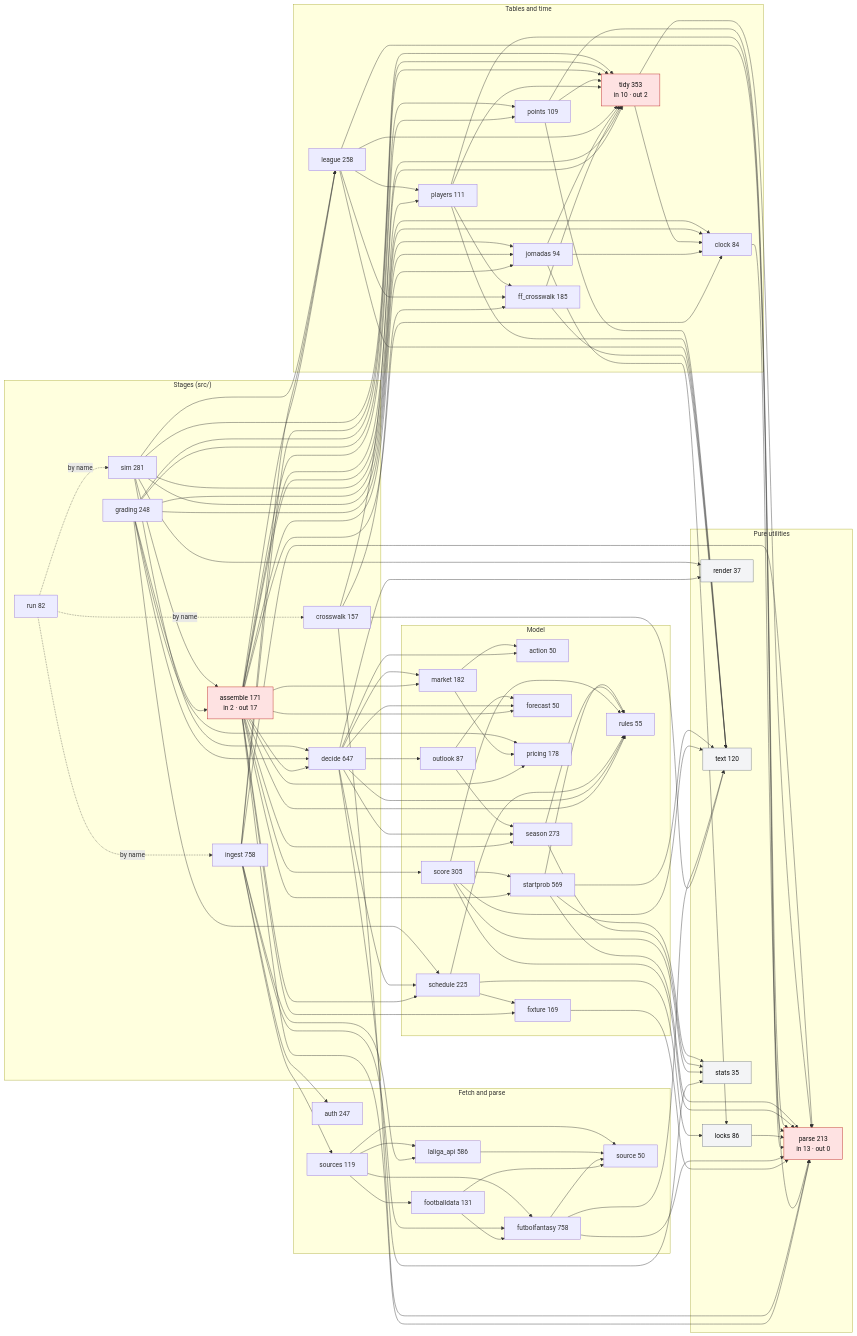
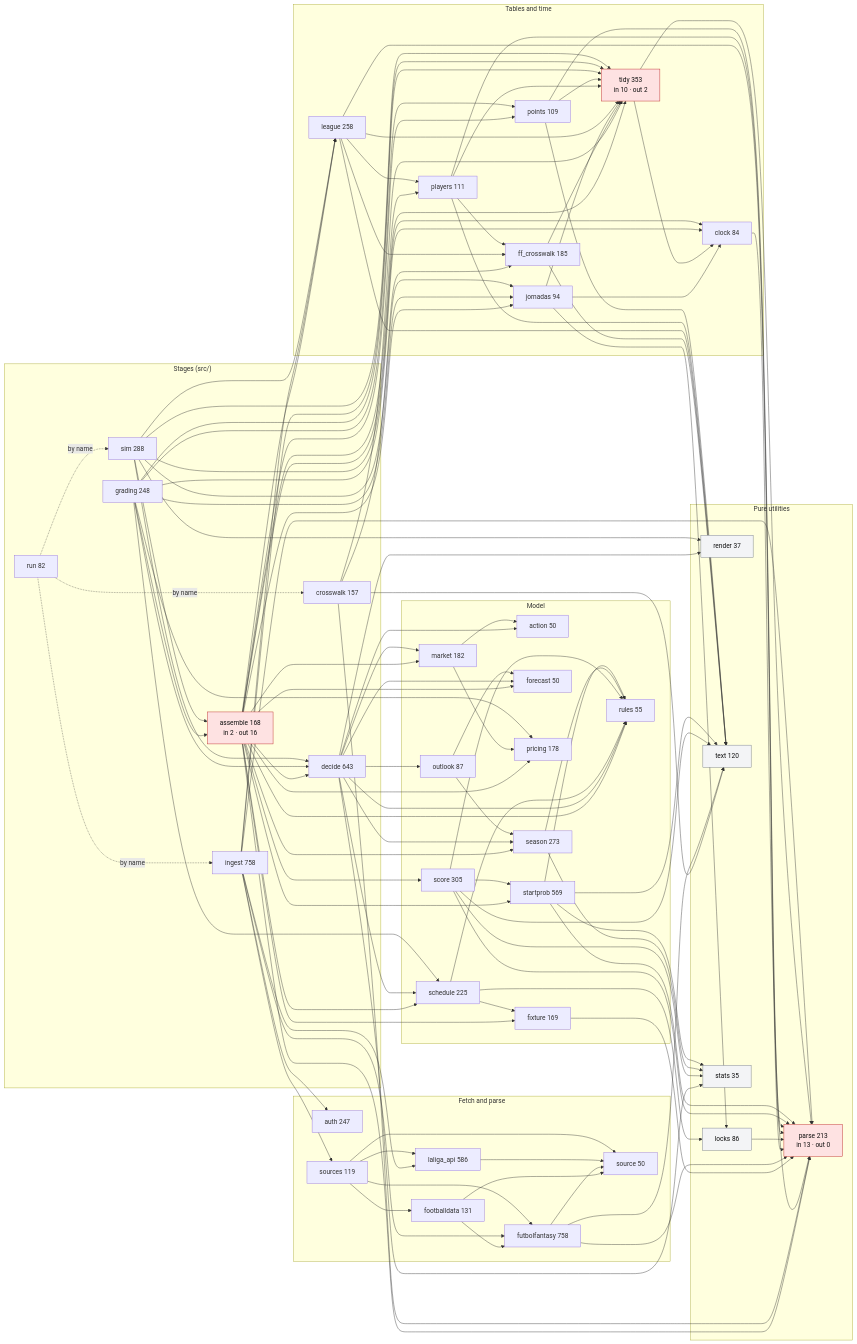
The diagram in docs/modules.mmd (OrsM/liga_five_guys), drawn with Mermaid before and after one commit. The commit also changed 4 other files, not shown here.

```diff
--- a/docs/modules.mmd
+++ b/docs/modules.mmd
@@ -1,154 +1,153 @@
 flowchart LR
     classDef hub fill:#fee2e2,stroke:#b91c1c,color:#111
     classDef leaf fill:#f3f4f6,stroke:#6b7280,color:#111
     subgraph stages["Stages (src/)"]
-        assemble["assemble 171<br/>in 2 · out 17"]:::hub
+        assemble["assemble 168<br/>in 2 · out 16"]:::hub
         crosswalk["crosswalk 157"]
-        decide["decide 647"]
+        decide["decide 643"]
         grading["grading 248"]
         ingest["ingest 758"]
         run["run 82"]
-        sim["sim 281"]
+        sim["sim 288"]
     end
     subgraph fetch["Fetch and parse"]
         auth["auth 247"]
         footballdata["footballdata 131"]
         futbolfantasy["futbolfantasy 758"]
         laliga_api["laliga_api 586"]
         source["source 50"]
         sources["sources 119"]
     end
     subgraph data["Tables and time"]
         clock["clock 84"]
         ff_crosswalk["ff_crosswalk 185"]
         jornadas["jornadas 94"]
         league["league 258"]
         players["players 111"]
         points["points 109"]
         tidy["tidy 353<br/>in 10 · out 2"]:::hub
     end
     subgraph model["Model"]
         action["action 50"]
         fixture["fixture 169"]
         forecast["forecast 50"]
         market["market 182"]
         outlook["outlook 87"]
         pricing["pricing 178"]
         rules["rules 55"]
         schedule["schedule 225"]
         score["score 305"]
         season["season 273"]
         startprob["startprob 569"]
     end
     subgraph util["Pure utilities"]
         locks["locks 86"]:::leaf
         parse["parse 213<br/>in 13 · out 0"]:::hub
         render["render 37"]:::leaf
         text["text 120"]:::leaf
         stats["stats 35"]:::leaf
     end
     run -. "by name" .-> ingest
     run -. "by name" .-> crosswalk
     run -. "by name" .-> sim
     assemble --> decide
-    assemble --> clock
     assemble --> fixture
     assemble --> forecast
     assemble --> jornadas
     assemble --> league
     assemble --> market
     assemble --> parse
     assemble --> players
     assemble --> points
     assemble --> pricing
     assemble --> rules
     assemble --> schedule
     assemble --> score
     assemble --> season
     assemble --> startprob
     assemble --> tidy
     crosswalk --> ff_crosswalk
     crosswalk --> parse
     crosswalk --> text
     crosswalk --> tidy
     decide --> action
     decide --> forecast
     decide --> market
     decide --> outlook
     decide --> render
     decide --> rules
     decide --> schedule
     decide --> season
     decide --> stats
     clock --> parse
     ff_crosswalk --> text
     ff_crosswalk --> tidy
     fixture --> parse
     footballdata --> futbolfantasy
     footballdata --> source
     futbolfantasy --> parse
     futbolfantasy --> source
     futbolfantasy --> text
     jornadas --> clock
     jornadas --> locks
     jornadas --> tidy
     laliga_api --> source
     league --> ff_crosswalk
     league --> parse
     league --> players
     league --> text
     league --> tidy
     locks --> parse
     market --> action
     market --> pricing
     outlook --> forecast
     outlook --> season
     players --> ff_crosswalk
     players --> parse
     players --> text
     players --> tidy
     points --> parse
     points --> text
     points --> tidy
     schedule --> fixture
     schedule --> locks
     schedule --> rules
     score --> parse
     score --> rules
     score --> startprob
     score --> text
     score --> stats
     season --> rules
     season --> stats
     startprob --> parse
     startprob --> rules
     startprob --> text
     startprob --> stats
     tidy --> clock
     tidy --> parse
     grading --> assemble
     grading --> decide
     grading --> clock
     grading --> jornadas
     grading --> points
     grading --> pricing
     grading --> schedule
     grading --> tidy
     ingest --> auth
     ingest --> futbolfantasy
     ingest --> laliga_api
     ingest --> league
     ingest --> parse
     ingest --> tidy
     ingest --> sources
     sim --> assemble
     sim --> decide
     sim --> clock
     sim --> jornadas
     sim --> league
     sim --> render
     sim --> tidy
     sources --> footballdata
     sources --> futbolfantasy
     sources --> laliga_api
     sources --> source
```
